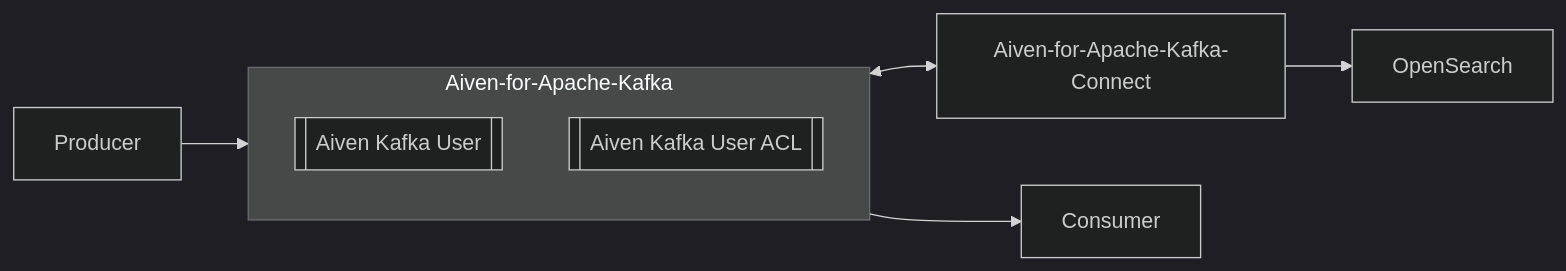
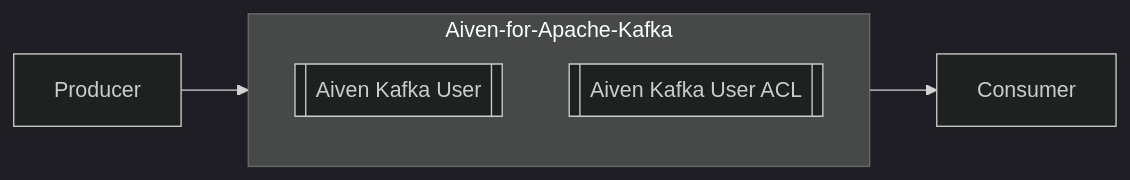
The diagram in docs/tools/terraform/reference/cookbook/kafka-custom-conf-recipe.rst (aiven/devportal), drawn with Mermaid (dark theme) before and after one commit. The commit also changed other lines of this file and 1 other file, not shown here.

Commit message:
Removing connect from the recipe.

```diff
--- a/docs/tools/terraform/reference/cookbook/kafka-custom-conf-recipe.rst
+++ b/docs/tools/terraform/reference/cookbook/kafka-custom-conf-recipe.rst
@@ -9,9 +8,8 @@
 .. mermaid::
 
    flowchart LR
       subgraph Aiven-for-Apache-Kafka
       id4[[Aiven Kafka User]]
       id5[[Aiven Kafka User ACL]]
       end
-      Aiven-for-Apache-Kafka <--> Aiven-for-Apache-Kafka-Connect --> OpenSearch
       Producer --> Aiven-for-Apache-Kafka --> Consumer
```
